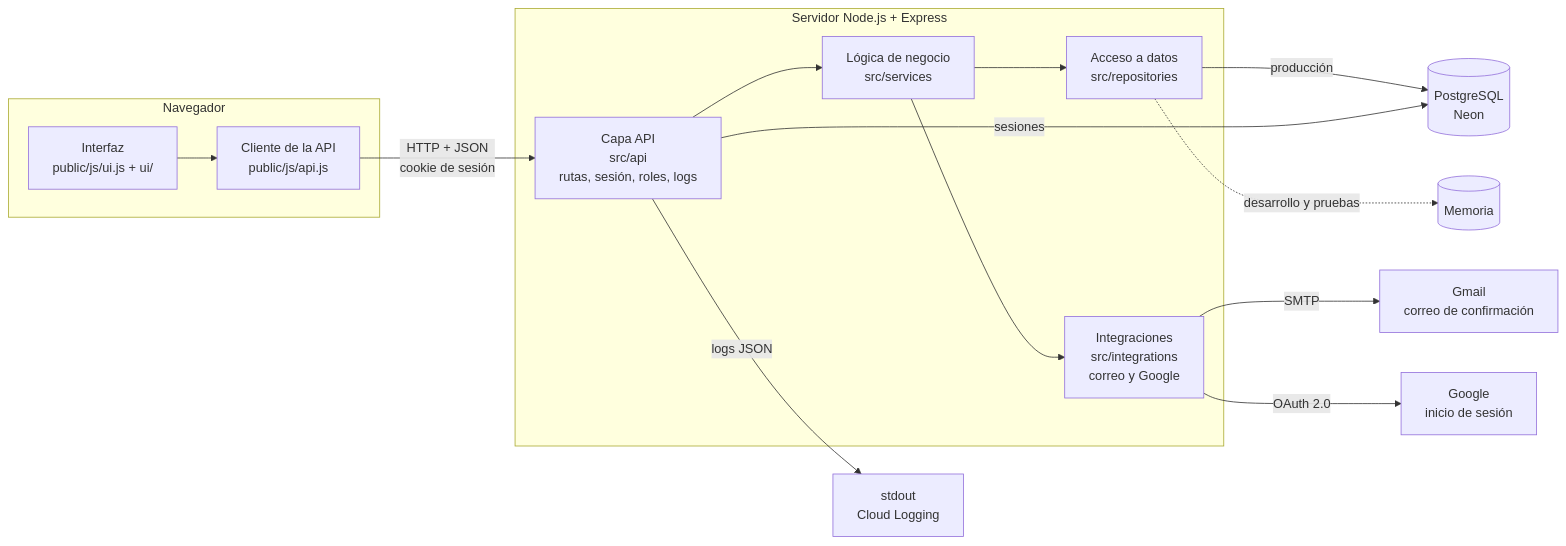
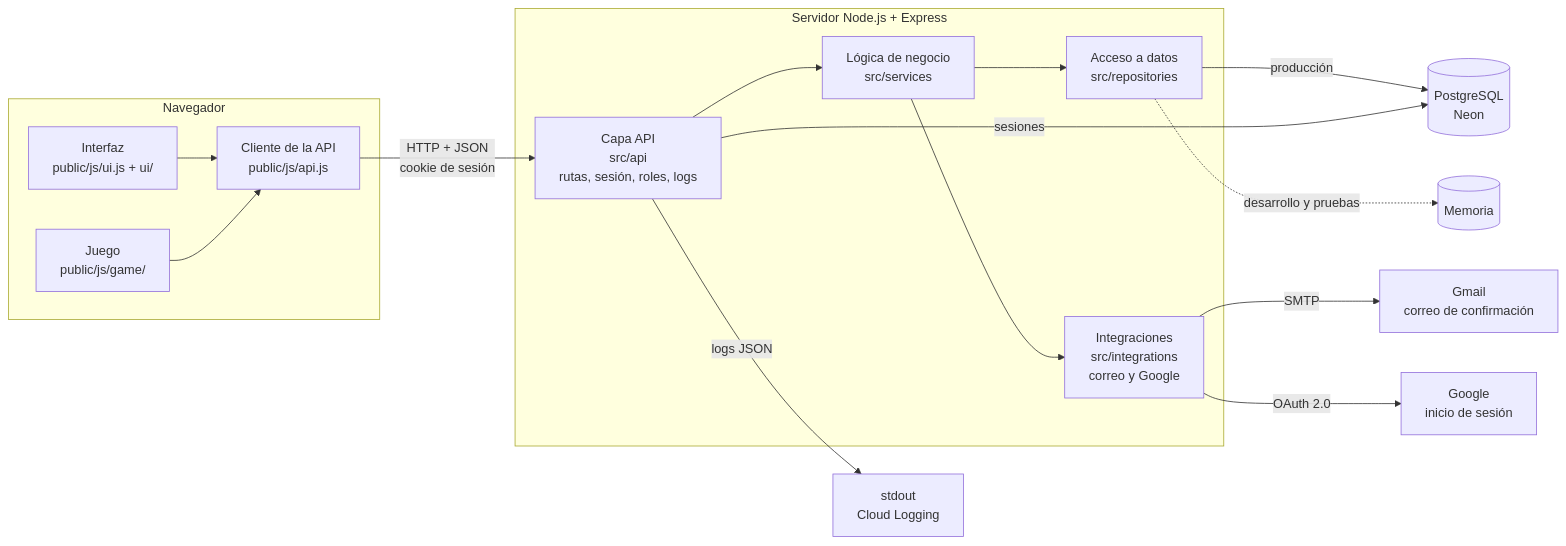
Before and after one commit to VelaElDios/la-grada-colchonera-saas: the first of 7 diagrams in README.md, drawn with Mermaid. The commit also changed other lines of this file and 47 other files, not shown here.

````diff
--- a/README.md
+++ b/README.md
@@ -129,18 +138,19 @@
 ```mermaid
 flowchart LR
     subgraph Navegador
         UI["Interfaz<br/>public/js/ui.js + ui/"] --> CLI["Cliente de la API<br/>public/js/api.js"]
+        GAME["Juego<br/>public/js/game/"] --> CLI
     end
     CLI -- "HTTP + JSON<br/>cookie de sesión" --> API
     subgraph "Servidor Node.js + Express"
         API["Capa API<br/>src/api<br/>rutas, sesión, roles, logs"] --> SRV["Lógica de negocio<br/>src/services"]
         SRV --> REPO["Acceso a datos<br/>src/repositories"]
         SRV --> INT["Integraciones<br/>src/integrations<br/>correo y Google"]
     end
     INT -- "SMTP" --> SMTP["Gmail<br/>correo de confirmación"]
     INT -- "OAuth 2.0" --> GOO["Google<br/>inicio de sesión"]
     REPO -- "producción" --> PG[("PostgreSQL<br/>Neon")]
     REPO -. "desarrollo y pruebas" .-> MEM[("Memoria")]
     API -- "sesiones" --> PG
     API -- "logs JSON" --> LOGS["stdout<br/>Cloud Logging"]
 ```
````
